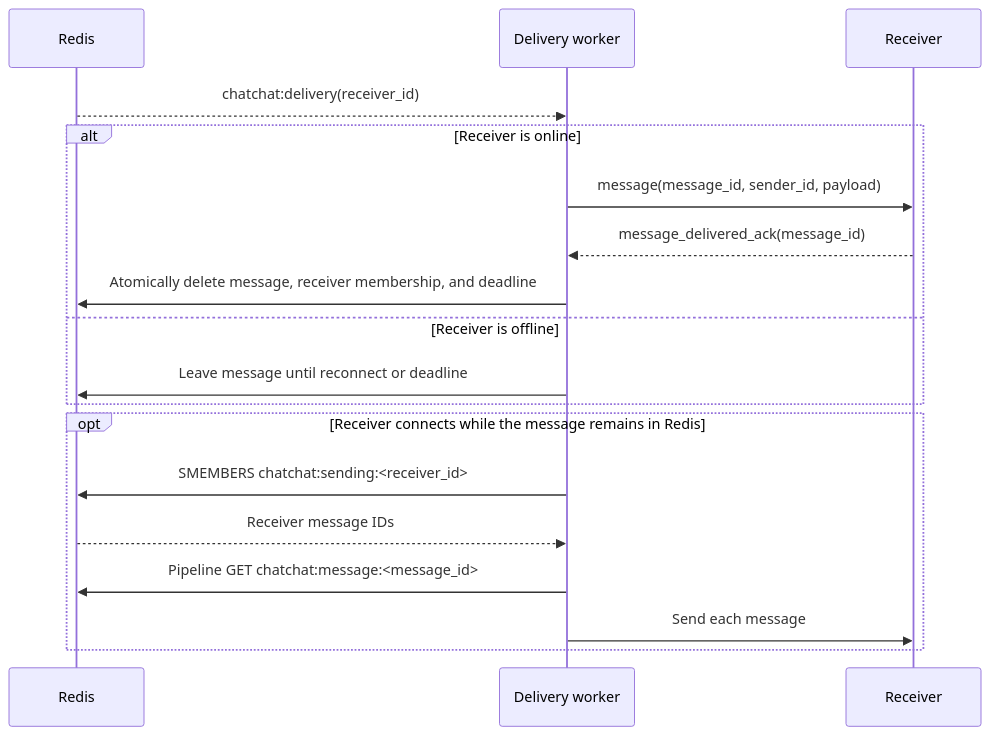
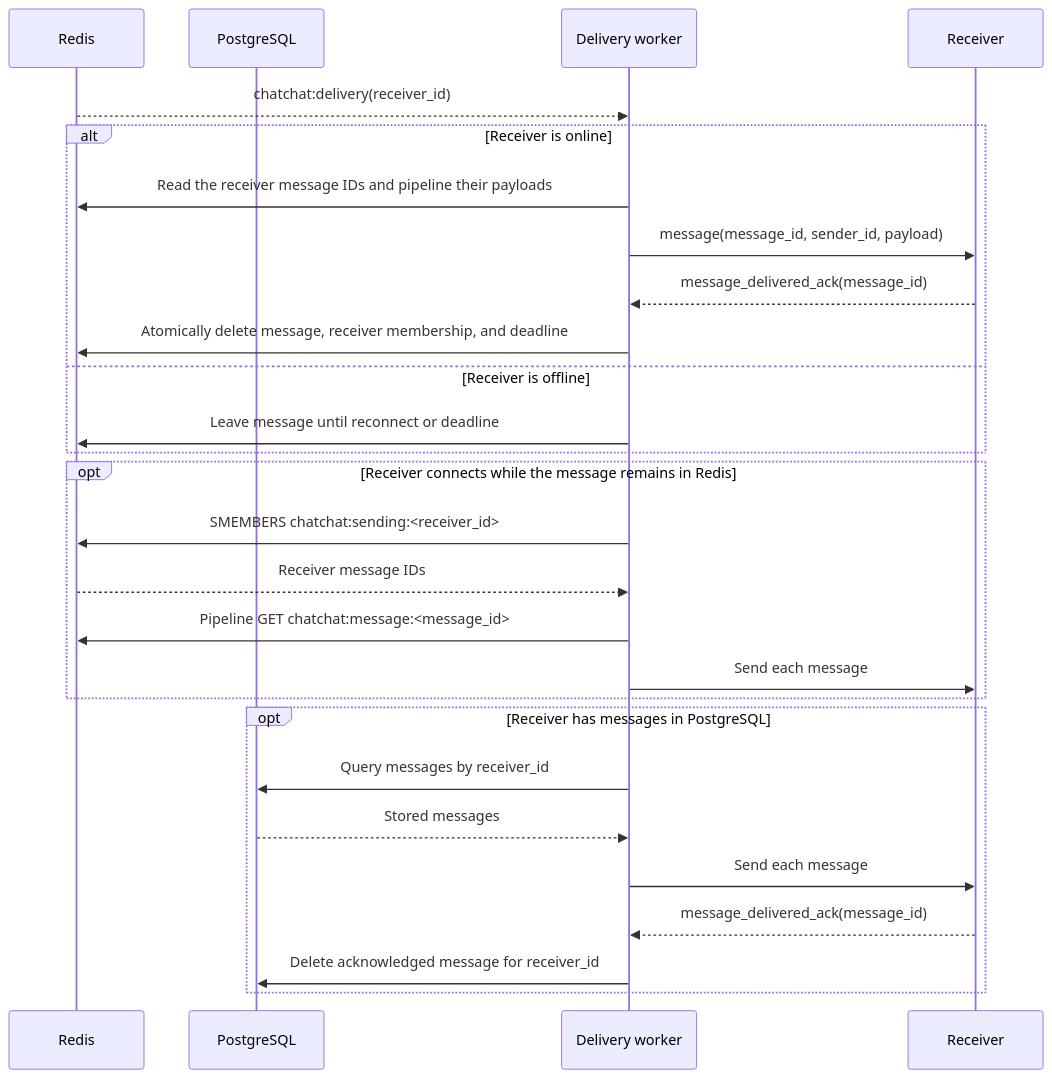
One commit to cmunaro/ChatChat changed the second of 3 diagrams in MESSAGE_DELIVERY.md. Above: the diagram before and after it, drawn with Mermaid. The commit also changed other lines of this file and 15 other files, not shown here.

````diff
--- a/MESSAGE_DELIVERY.md
+++ b/MESSAGE_DELIVERY.md
@@ -51,23 +51,33 @@
 ```mermaid
 sequenceDiagram
     participant Redis
+    participant DB as PostgreSQL
     participant DW as Delivery worker
     participant C2 as Receiver
 
     Redis-->>DW: chatchat:delivery(receiver_id)
 
     alt Receiver is online
+        DW->>Redis: Read the receiver message IDs and pipeline their payloads
         DW->>C2: message(message_id, sender_id, payload)
         C2-->>DW: message_delivered_ack(message_id)
         DW->>Redis: Atomically delete message, receiver membership, and deadline
     else Receiver is offline
         DW->>Redis: Leave message until reconnect or deadline
     end
 
     opt Receiver connects while the message remains in Redis
         DW->>Redis: SMEMBERS chatchat:sending:<receiver_id>
         Redis-->>DW: Receiver message IDs
         DW->>Redis: Pipeline GET chatchat:message:<message_id>
         DW->>C2: Send each message
     end
+
+    opt Receiver has messages in PostgreSQL
+        DW->>DB: Query messages by receiver_id
+        DB-->>DW: Stored messages
+        DW->>C2: Send each message
+        C2-->>DW: message_delivered_ack(message_id)
+        DW->>DB: Delete acknowledged message for receiver_id
+    end
 ```
````
